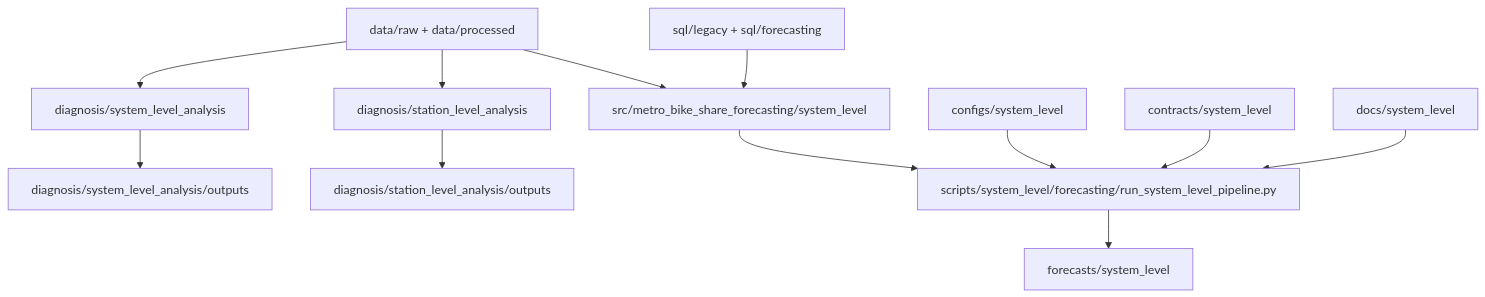
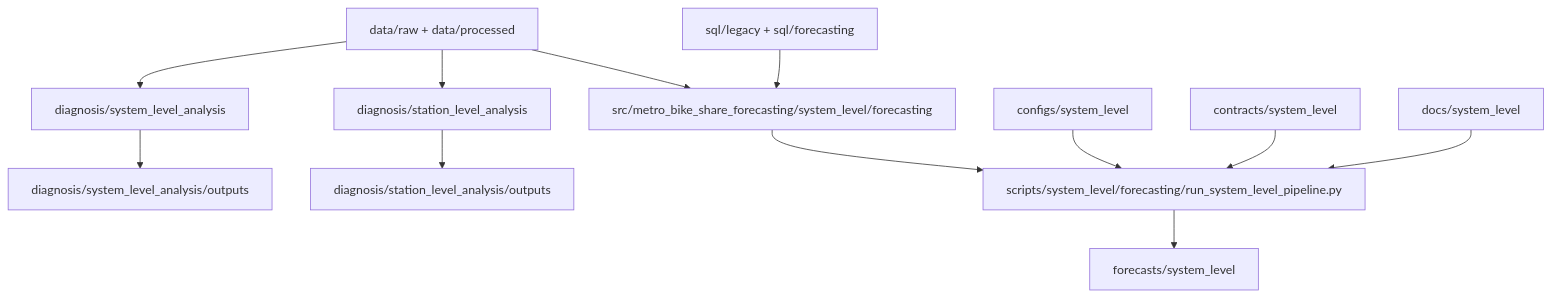
One commit to sastmo/Demand-Intelligence-Engine-for-Bike-Share-Logistics changed the diagram in docs/architecture.md. Above: the diagram before and after it, drawn with Mermaid. The commit also changed other lines of this file and 60 other files, not shown here.

````diff
--- a/docs/architecture.md
+++ b/docs/architecture.md
@@ -16,14 +16,14 @@
 ```mermaid
 flowchart TD
     A["data/raw + data/processed"] --> B["diagnosis/system_level_analysis"]
     A --> C["diagnosis/station_level_analysis"]
-    A --> D["src/metro_bike_share_forecasting/system_level"]
+    A --> D["src/metro_bike_share_forecasting/system_level/forecasting"]
     B --> E["diagnosis/system_level_analysis/outputs"]
     C --> F["diagnosis/station_level_analysis/outputs"]
     D --> G["scripts/system_level/forecasting/run_system_level_pipeline.py"]
     G --> H["forecasts/system_level"]
     I["configs/system_level"] --> G
     J["contracts/system_level"] --> G
     K["docs/system_level"] --> G
     L["sql/legacy + sql/forecasting"] --> D
 ```
````
